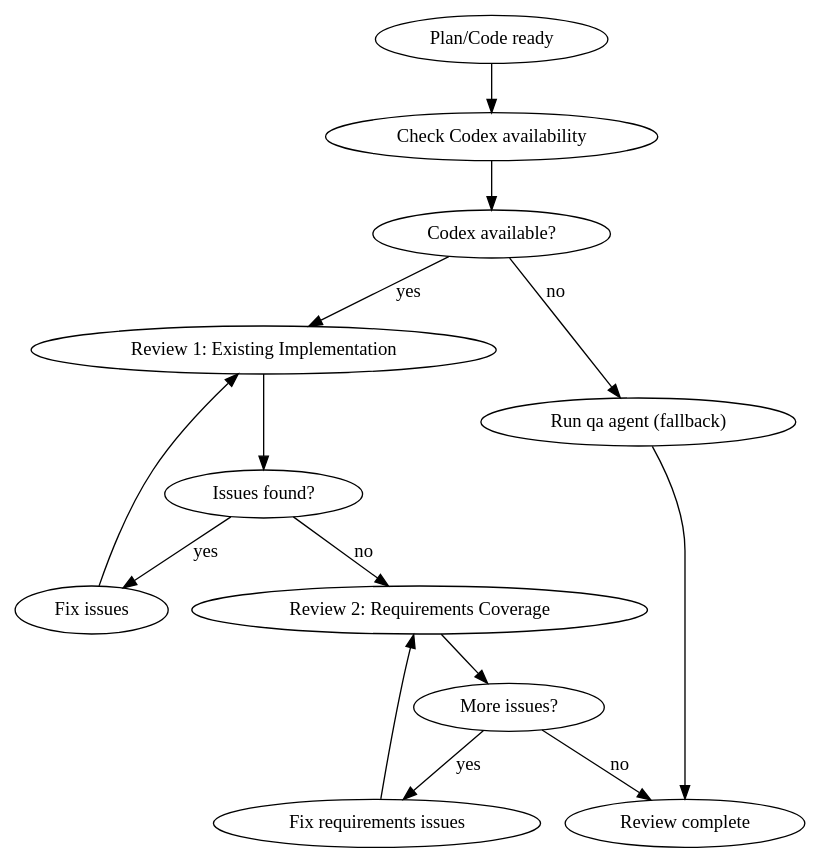
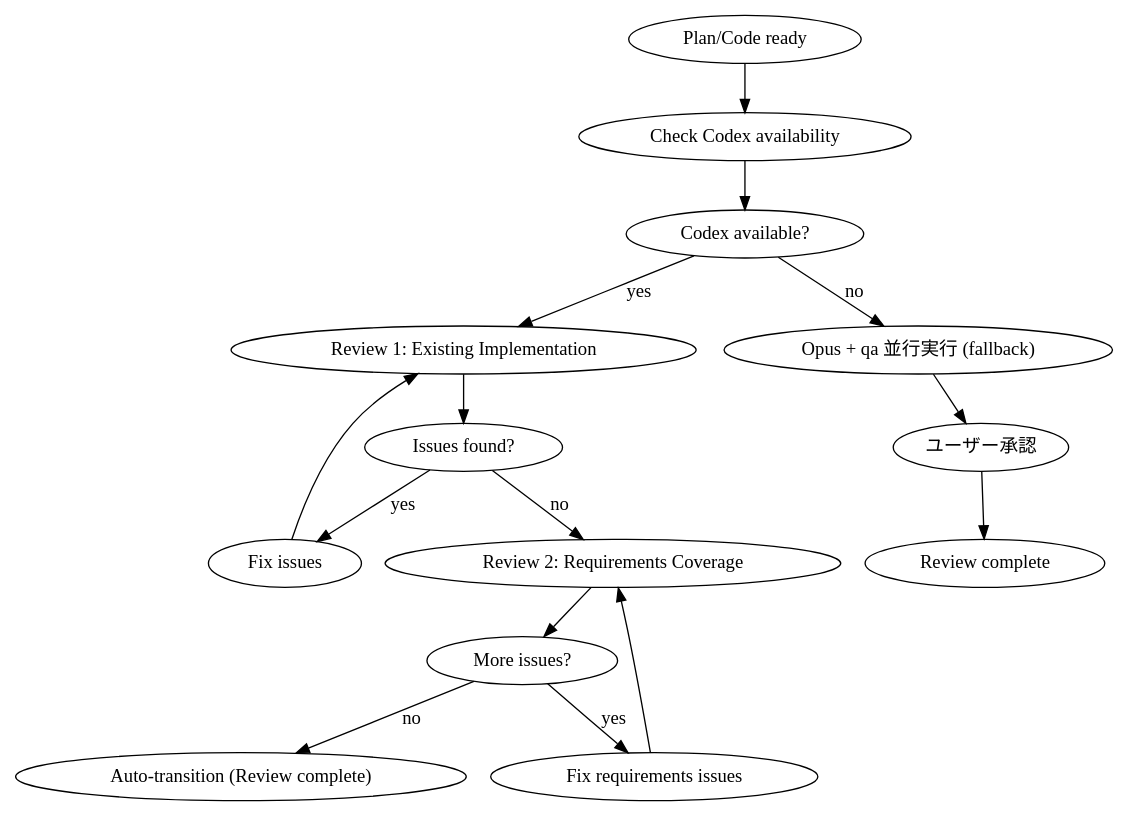
Before and after one commit to tasai-lab/fractal-dev-workflow: the diagram in skills/codex-review/SKILL.md, drawn with Graphviz. The commit also changed other lines of this file and 14 other files, not shown here.

````diff
--- a/skills/codex-review/SKILL.md
+++ b/skills/codex-review/SKILL.md
@@ -65,17 +65,18 @@
 ```dot
 digraph review {
     "Plan/Code ready" -> "Check Codex availability";
     "Check Codex availability" -> "Codex available?" [shape=diamond];
     "Codex available?" -> "Review 1: Existing Implementation" [label="yes"];
-    "Codex available?" -> "Run qa agent (fallback)" [label="no"];
+    "Codex available?" -> "Opus + qa 並行実行 (fallback)" [label="no"];
     "Review 1: Existing Implementation" -> "Issues found?" [shape=diamond];
     "Issues found?" -> "Fix issues" [label="yes"];
     "Fix issues" -> "Review 1: Existing Implementation";
     "Issues found?" -> "Review 2: Requirements Coverage" [label="no"];
     "Review 2: Requirements Coverage" -> "More issues?" [shape=diamond];
     "More issues?" -> "Fix requirements issues" [label="yes"];
     "Fix requirements issues" -> "Review 2: Requirements Coverage";
-    "More issues?" -> "Review complete" [label="no"];
-    "Run qa agent (fallback)" -> "Review complete";
+    "More issues?" -> "Auto-transition (Review complete)" [label="no"];
+    "Opus + qa 並行実行 (fallback)" -> "ユーザー承認";
+    "ユーザー承認" -> "Review complete";
 }
 ```
````
